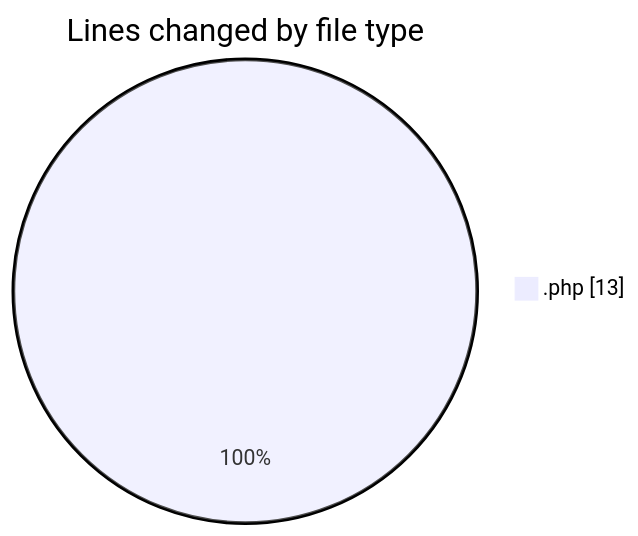
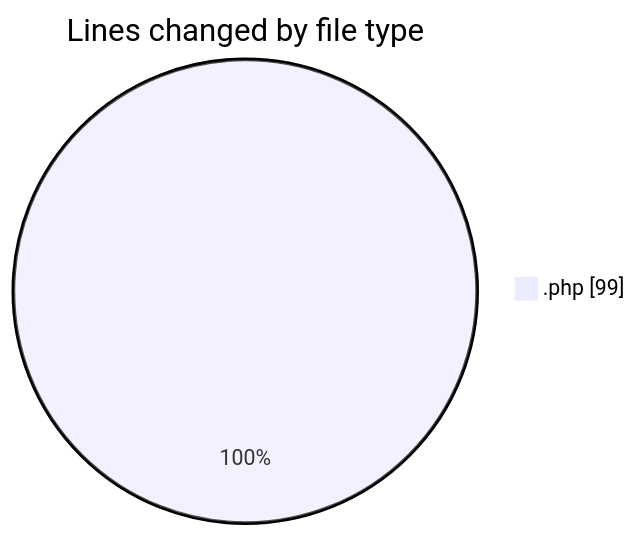
One commit to Ritupan-Deka/code-tracking changed the first of 2 diagrams in 2025-10-13/url-shortener/README.md. Above: the diagram before and after it, drawn with Mermaid. The commit also changed other lines of this file and 1 other file, not shown here.

````diff
--- a/2025-10-13/url-shortener/README.md
+++ b/2025-10-13/url-shortener/README.md
@@ -20,5 +21,5 @@
 ```mermaid
 pie showData
 title Lines changed by file type
-".php" : 13
+".php" : 99
 ```
````
